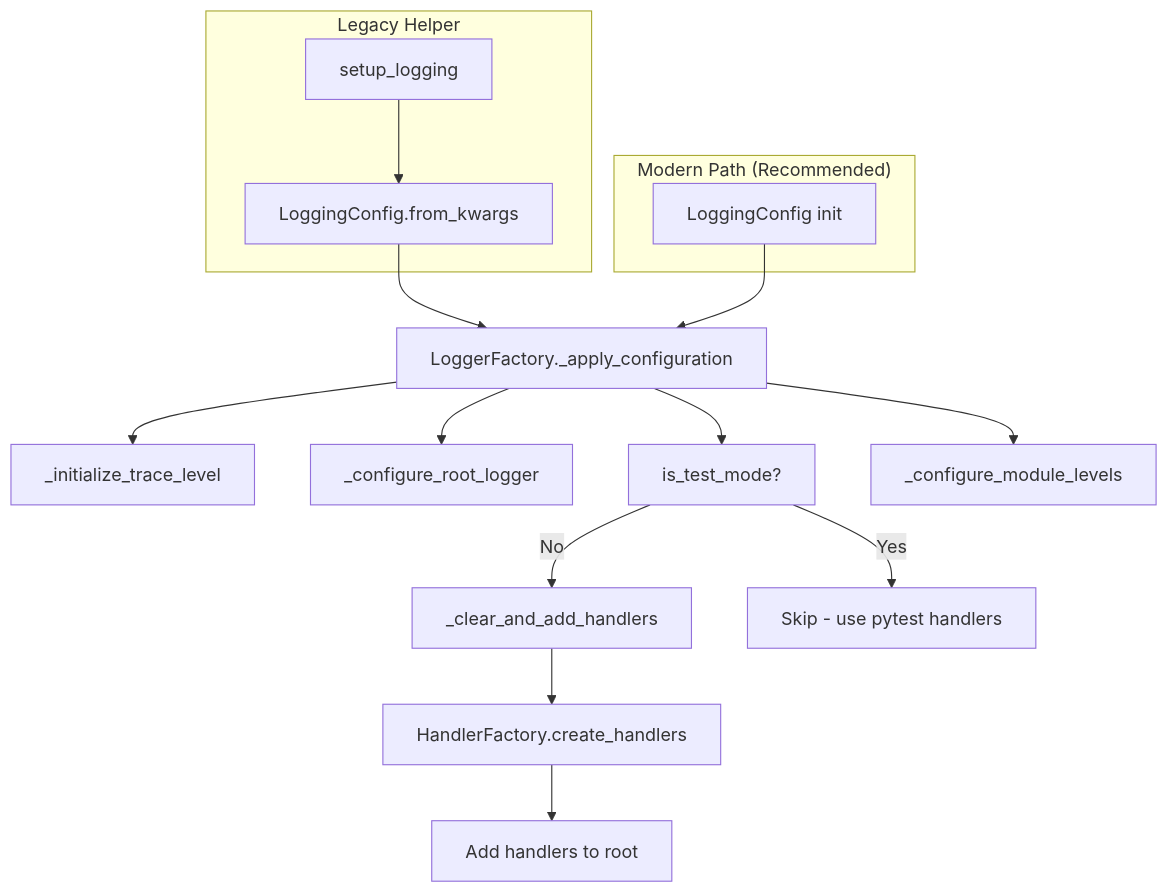
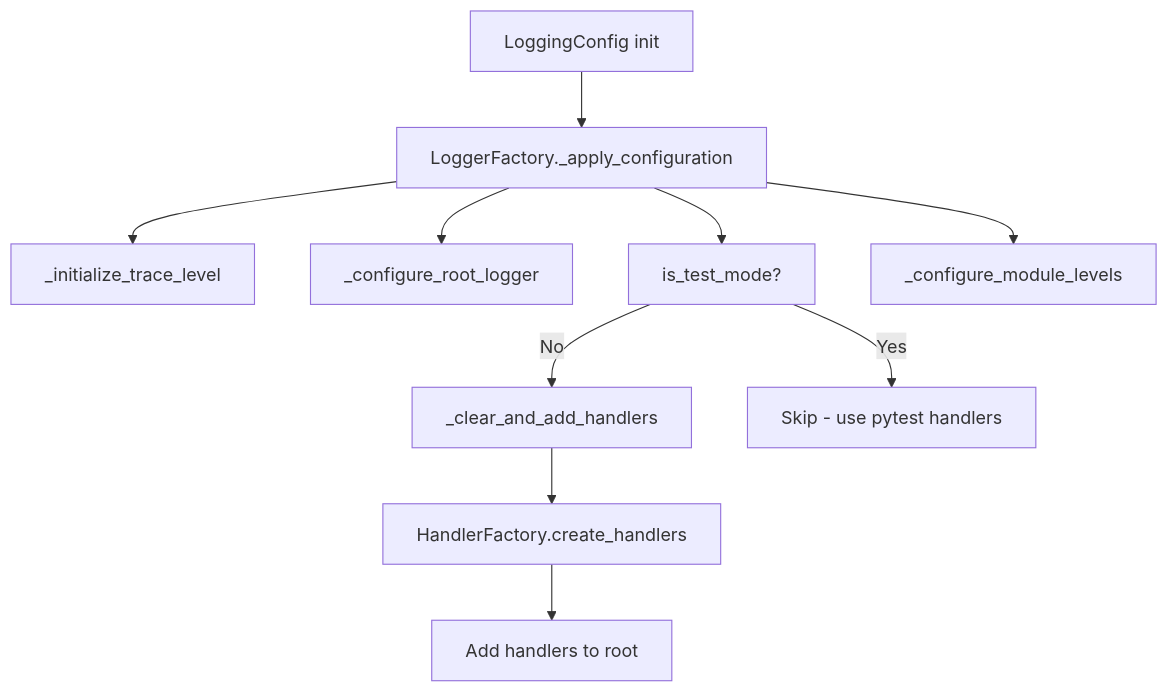
Before and after one commit to antragh/arlogi: the sixth of 8 diagrams in docs/ARCHITECTURE.md, drawn with Mermaid. The commit also changed other lines of this file and 25 other files, not shown here.

````diff
--- a/docs/ARCHITECTURE.md
+++ b/docs/ARCHITECTURE.md
@@ -377,22 +379,13 @@
 ```mermaid
 graph TD
-    subgraph "Legacy Helper"
-        A[setup_logging] --> B["LoggingConfig.from_kwargs"]
-    end
+    A[LoggingConfig init] --> B["LoggerFactory._apply_configuration"]
 
-    subgraph "Modern Path (Recommended)"
-        Direct[LoggingConfig init]
-    end
-
-    B --> C["LoggerFactory._apply_configuration"]
-    Direct --> C
-
-    C --> D[_initialize_trace_level]
-    C --> E[_configure_root_logger]
-    C --> F[is_test_mode?]
-    F -->|No| G[_clear_and_add_handlers]
-    F -->|Yes| H[Skip - use pytest handlers]
-    G --> I[HandlerFactory.create_handlers]
-    I --> J[Add handlers to root]
-    C --> K[_configure_module_levels]
+    B --> C[_initialize_trace_level]
+    B --> D[_configure_root_logger]
+    B --> E[is_test_mode?]
+    E -->|No| F[_clear_and_add_handlers]
+    E -->|Yes| G[Skip - use pytest handlers]
+    F --> H[HandlerFactory.create_handlers]
+    H --> I[Add handlers to root]
+    B --> J[_configure_module_levels]
 ```
````
